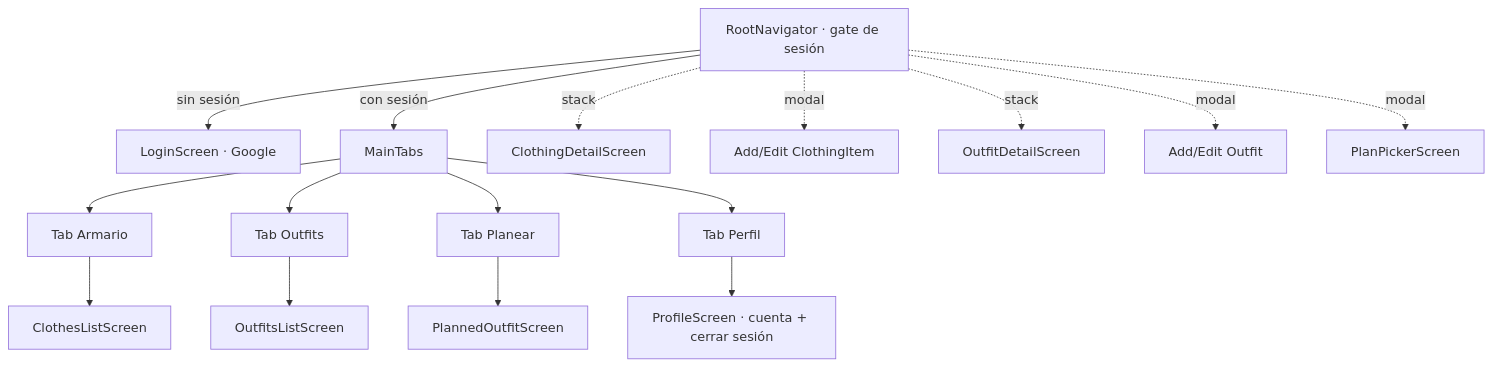
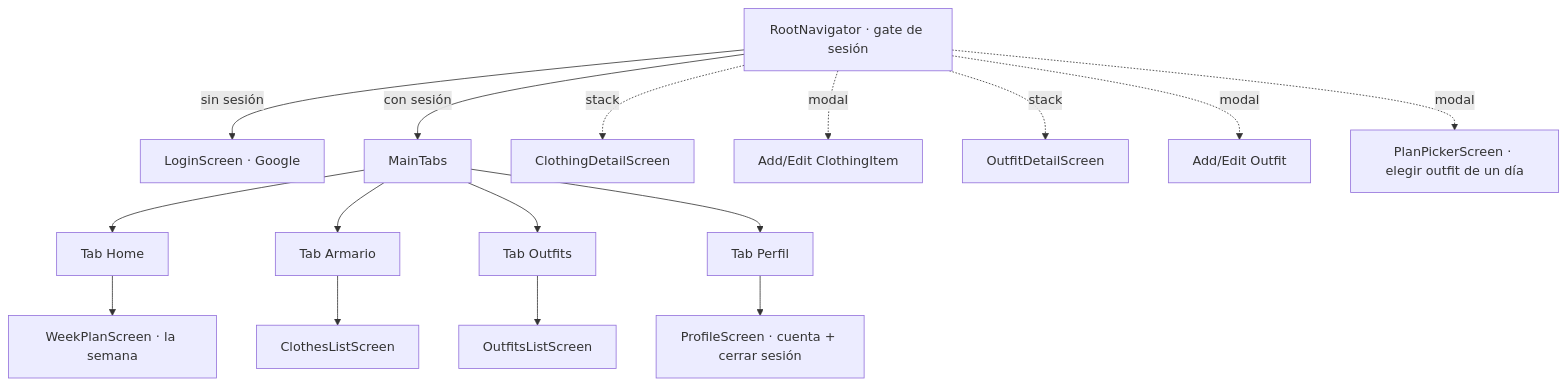
The first of 3 diagrams in README.md (danielmao/ready), drawn with Mermaid before and after one commit. The commit also changed other lines of this file and 55 other files, not shown here.

First line of the commit message:
feat(planning): plan semanal como home — un outfit por día

````diff
--- a/README.md
+++ b/README.md
@@ -150,20 +153,20 @@
 ```mermaid
 graph TD
     Root[RootNavigator · gate de sesión] -->|sin sesión| LG[LoginScreen · Google]
     Root -->|con sesión| Tabs[MainTabs]
+    Tabs --> T0[Tab Home]
     Tabs --> T1[Tab Armario]
     Tabs --> T2[Tab Outfits]
-    Tabs --> T3[Tab Planear]
     Tabs --> T4[Tab Perfil]
 
+    T0 --> WP[WeekPlanScreen · la semana]
     T1 --> CL[ClothesListScreen]
     T2 --> OL[OutfitsListScreen]
-    T3 --> PL[PlannedOutfitScreen]
     T4 --> PR[ProfileScreen · cuenta + cerrar sesión]
 
     Root -. stack .-> CD[ClothingDetailScreen]
     Root -. modal .-> CC[Add/Edit ClothingItem]
     Root -. stack .-> OD[OutfitDetailScreen]
     Root -. modal .-> OC[Add/Edit Outfit]
-    Root -. modal .-> PP[PlanPickerScreen]
+    Root -. modal .-> PP["PlanPickerScreen · elegir outfit de un día"]
 ```
````
